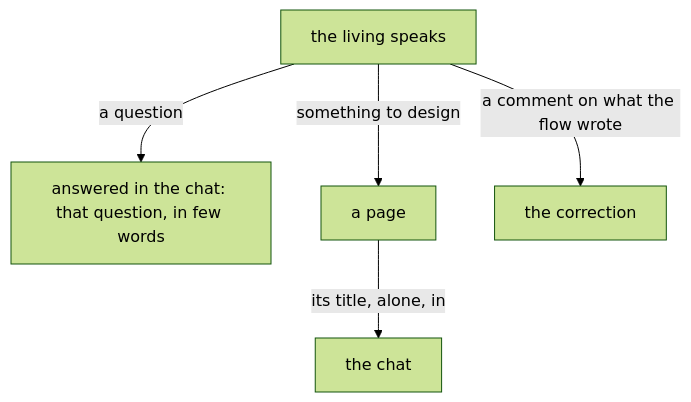
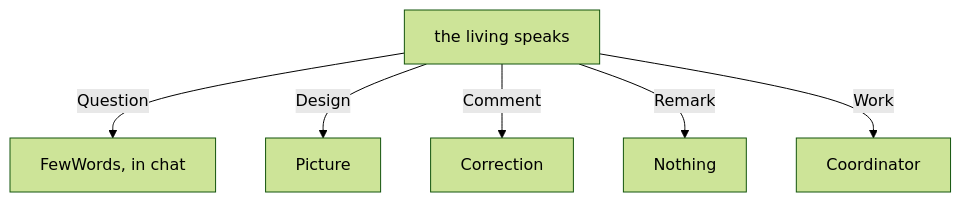
One commit to LiGoldragon/psyche-belief changed the first of 3 diagrams in intent/hearing-the-living/0.md. Above: the diagram before and after it, drawn with Mermaid (forest theme). The commit also changed other lines of this file, not shown here.

Commit message:
Hearing the living: replace the module with Fable’s proposal (approved by the living)

````diff
--- a/intent/hearing-the-living/0.md
+++ b/intent/hearing-the-living/0.md
@@ -6,7 +12,8 @@
 ```mermaid
 flowchart TB
-    l["the living speaks"] -- "a question" --> a["answered in the chat: that question, in few words"]
-    l -- "something to design" --> p["a page"]
-    p -- "its title, alone, in" --> c["the chat"]
-    l -- "a comment on what the flow wrote" --> k["the correction"]
+    l["the living speaks"] -- "Question" --> a["FewWords, in chat"]
+    l -- "Design" --> p["Picture"]
+    l -- "Comment" --> k["Correction"]
+    l -- "Remark" --> n["Nothing"]
+    l -- "Work" --> c["Coordinator"]
 ```
````
